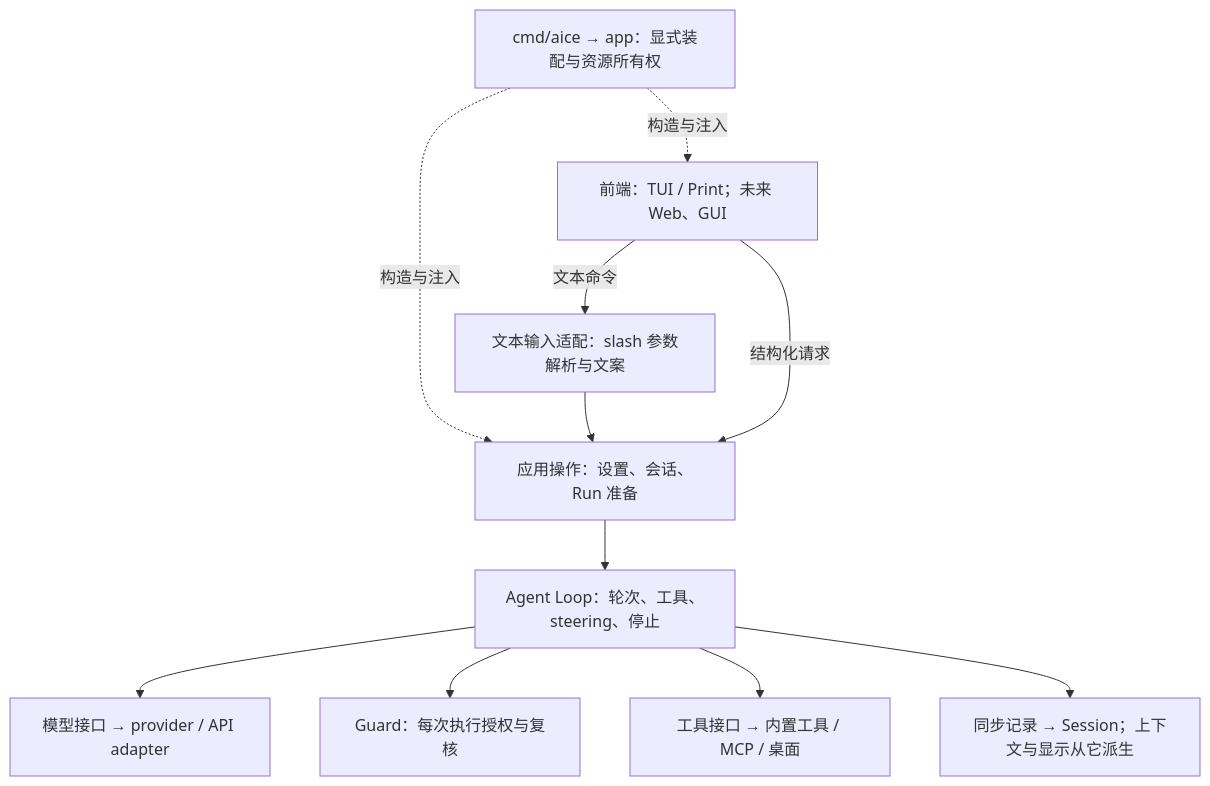
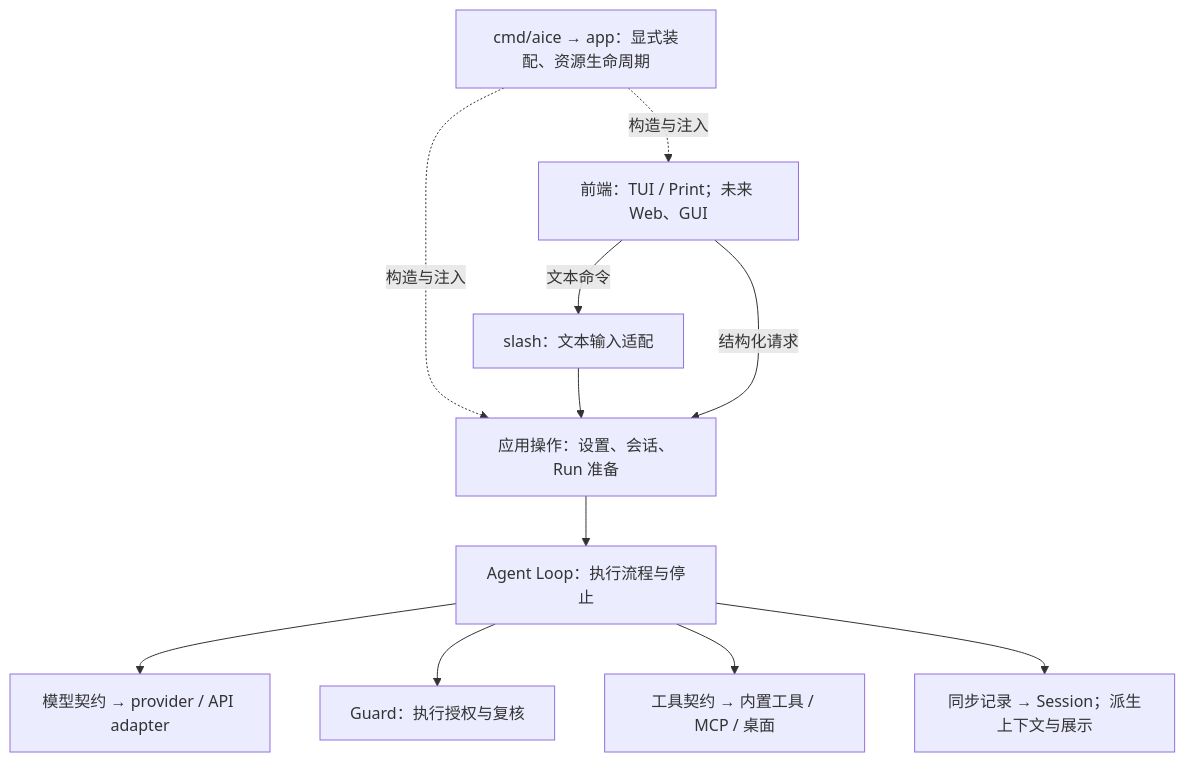
Before and after one commit to ch1lam/aice-cli: the diagram in docs/plans/AICE_Architecture_Refactoring_Draft.md, drawn with Mermaid. The commit also changed other lines of this file, not shown here.

````diff
--- a/docs/plans/AICE_Architecture_Refactoring_Draft.md
+++ b/docs/plans/AICE_Architecture_Refactoring_Draft.md
@@ -23,22 +22,22 @@
 ```mermaid
 flowchart TB
-    entry["cmd/aice → app：显式装配与资源所有权"]
+    entry["cmd/aice → app：显式装配、资源生命周期"]
     front["前端：TUI / Print；未来 Web、GUI"]
-    text["文本输入适配：slash 参数解析与文案"]
+    text["slash：文本输入适配"]
     ops["应用操作：设置、会话、Run 准备"]
-    loop["Agent Loop：轮次、工具、steering、停止"]
-    model["模型接口 → provider / API adapter"]
-    guard["Guard：每次执行授权与复核"]
-    tools["工具接口 → 内置工具 / MCP / 桌面"]
-    history["同步记录 → Session；上下文与显示从它派生"]
+    loop["Agent Loop：执行流程与停止"]
+    model["模型契约 → provider / API adapter"]
+    guard["Guard：执行授权与复核"]
+    tools["工具契约 → 内置工具 / MCP / 桌面"]
+    history["同步记录 → Session；派生上下文与展示"]
     entry -.构造与注入.-> front
     entry -.构造与注入.-> ops
     front -->|文本命令| text
     text --> ops
     front -->|结构化请求| ops
     ops --> loop
     loop --> model
     loop --> guard
     loop --> tools
     loop --> history
 ```
````
